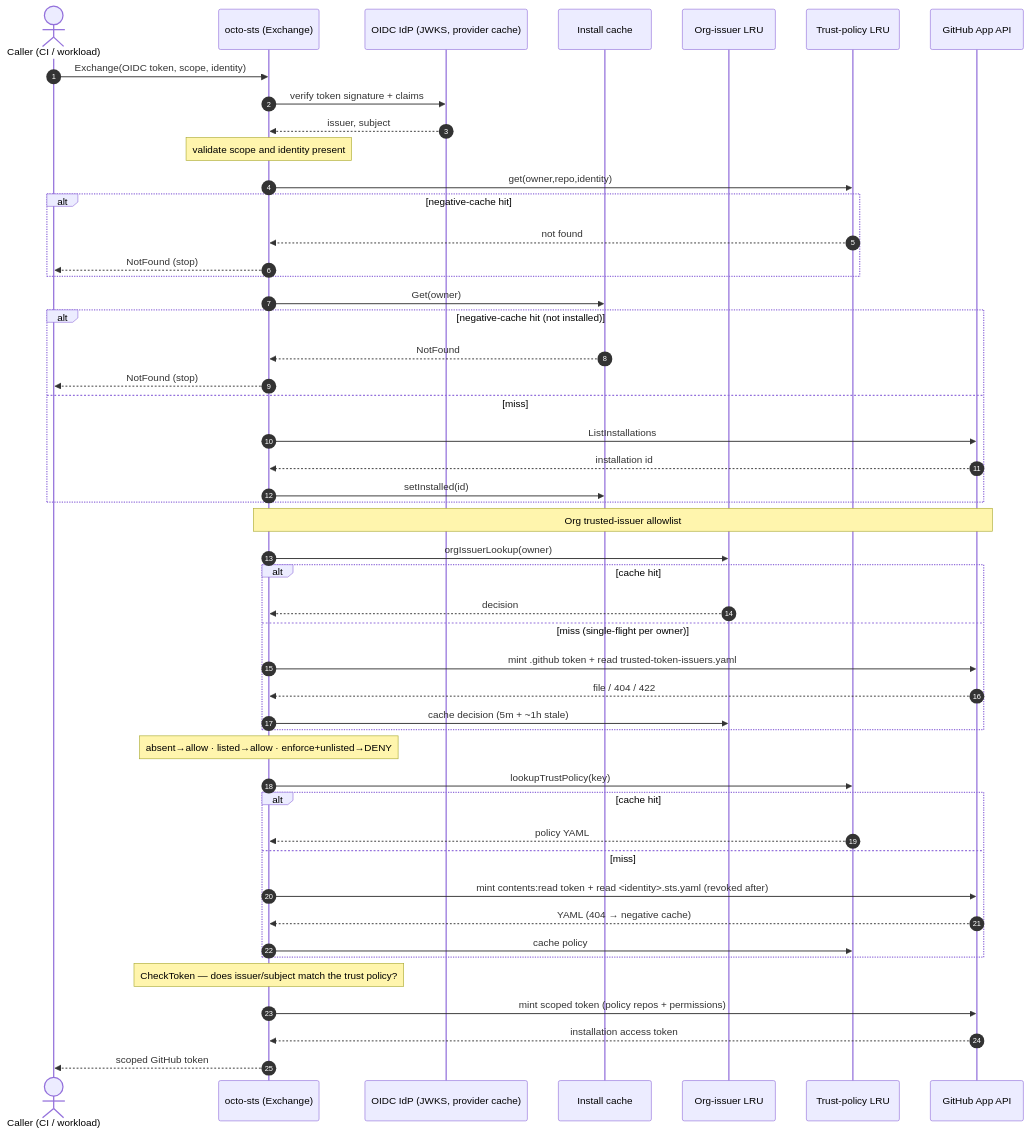
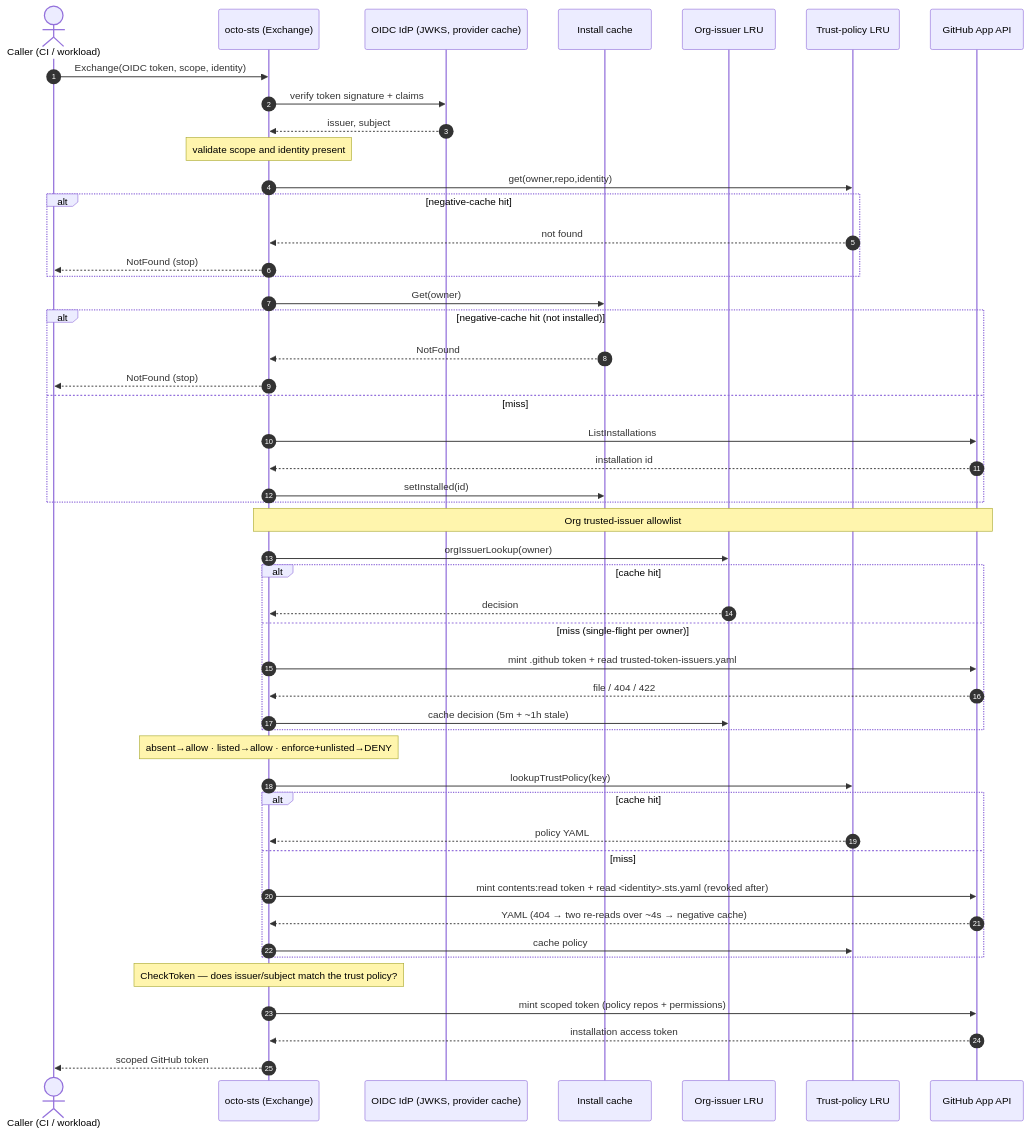
Before and after one commit to octo-sts/app: the first of 2 diagrams in docs/architecture.md, drawn with Mermaid. The commit also changed other lines of this file and 5 other files, not shown here.

````diff
--- a/docs/architecture.md
+++ b/docs/architecture.md
@@ -22,57 +22,57 @@
 ```mermaid
 sequenceDiagram
     autonumber
     actor C as Caller (CI / workload)
     participant S as octo-sts (Exchange)
     participant J as OIDC IdP (JWKS, provider cache)
     participant IC as Install cache
     participant OI as Org-issuer LRU
     participant TP as Trust-policy LRU
     participant GH as GitHub App API
 
     C->>S: Exchange(OIDC token, scope, identity)
     S->>J: verify token signature + claims
     J-->>S: issuer, subject
     Note over S: validate scope and identity present
 
     S->>TP: get(owner,repo,identity)
     alt negative-cache hit
         TP-->>S: not found
         S-->>C: NotFound (stop)
     end
 
     S->>IC: Get(owner)
     alt negative-cache hit (not installed)
         IC-->>S: NotFound
         S-->>C: NotFound (stop)
     else miss
         S->>GH: ListInstallations
         GH-->>S: installation id
         S->>IC: setInstalled(id)
     end
 
     Note over S,GH: Org trusted-issuer allowlist
     S->>OI: orgIssuerLookup(owner)
     alt cache hit
         OI-->>S: decision
     else miss (single-flight per owner)
         S->>GH: mint .github token + read trusted-token-issuers.yaml
         GH-->>S: file / 404 / 422
         S->>OI: cache decision (5m + ~1h stale)
     end
     Note over S: absent→allow · listed→allow · enforce+unlisted→DENY
 
     S->>TP: lookupTrustPolicy(key)
     alt cache hit
         TP-->>S: policy YAML
     else miss
         S->>GH: mint contents:read token + read <identity>.sts.yaml (revoked after)
-        GH-->>S: YAML (404 → negative cache)
+        GH-->>S: YAML (404 → two re-reads over ~4s → negative cache)
         S->>TP: cache policy
     end
 
     Note over S: CheckToken — does issuer/subject match the trust policy?
     S->>GH: mint scoped token (policy repos + permissions)
     GH-->>S: installation access token
     S-->>C: scoped GitHub token
 ```
````
